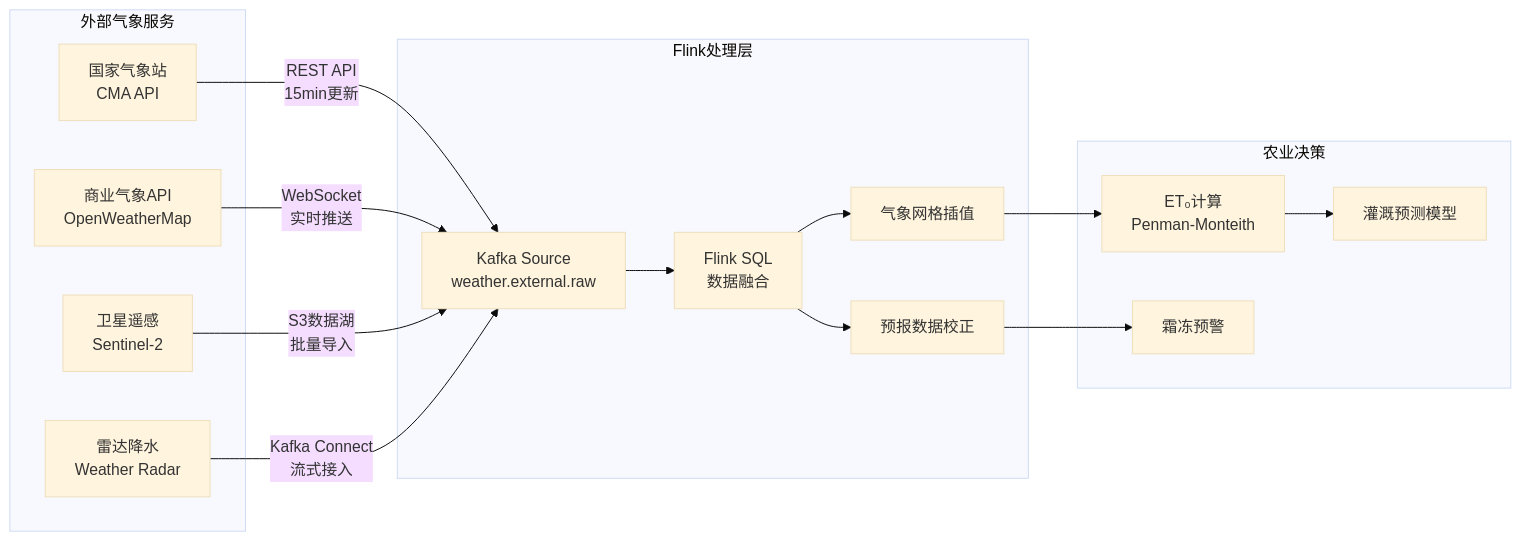
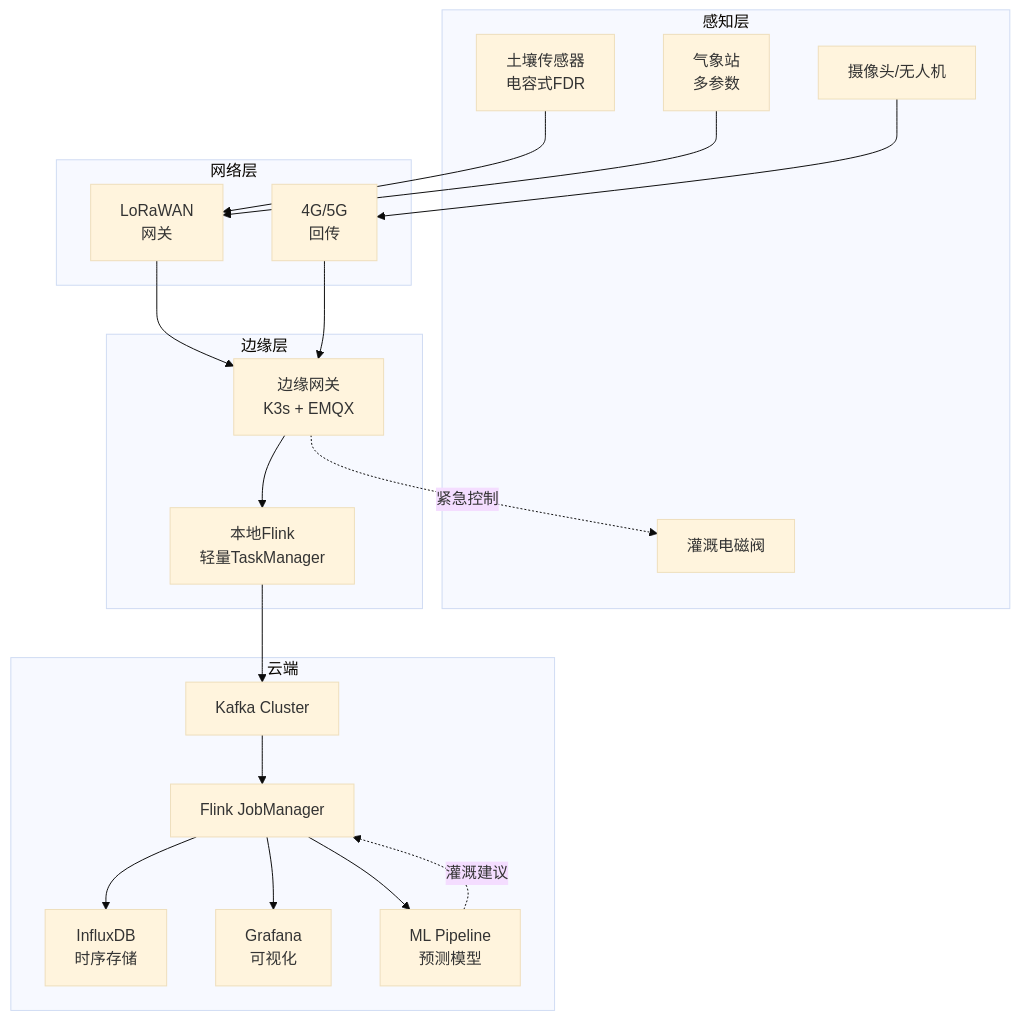
The first of 3 diagrams in Flink-IoT-Authority-Alignment/Phase-5-Agriculture/10-flink-iot-precision-agriculture-foundation.md (AdaMartin18010/AnalysisDataFlow), drawn with Mermaid (base theme) before and after one commit. The commit also changed other lines of this file and 153 other files, not shown here.

````diff
--- a/Flink-IoT-Authority-Alignment/Phase-5-Agriculture/10-flink-iot-precision-agriculture-foundation.md
+++ b/Flink-IoT-Authority-Alignment/Phase-5-Agriculture/10-flink-iot-precision-agriculture-foundation.md
@@ -211,30 +567,41 @@
 ```mermaid
-graph LR
-    subgraph 外部气象服务
-        A[国家气象站<br/>CMA API]
-        B[商业气象API<br/>OpenWeatherMap]
-        C[卫星遥感<br/>Sentinel-2]
-        D[雷达降水<br/>Weather Radar]
+graph TB
+    subgraph 感知层
+        S1[土壤传感器<br/>电容式FDR]
+        S2[气象站<br/>多参数]
+        S3[摄像头/无人机]
+        S4[灌溉电磁阀]
     end
 
-    subgraph Flink处理层
-        E[Kafka Source<br/>weather.external.raw]
-        F[Flink SQL<br/>数据融合]
-        G[气象网格插值]
-        H[预报数据校正]
+    subgraph 网络层
+        L1[LoRaWAN<br/>网关]
+        L2[4G/5G<br/>回传]
     end
 
-    subgraph 农业决策
-        I[ET₀计算<br/>Penman-Monteith]
-        J[灌溉预测模型]
-        K[霜冻预警]
+    subgraph 边缘层
+        E1[边缘网关<br/>K3s + EMQX]
+        E2[本地Flink<br/>轻量TaskManager]
     end
 
-    A -->|REST API<br/>15min更新| E
-    B -->|WebSocket<br/>实时推送| E
-    C -->|S3数据湖<br/>批量导入| E
-    D -->|Kafka Connect<br/>流式接入| E
+    subgraph 云端
+        C1[Kafka Cluster]
+        C2[Flink JobManager]
+        C3[InfluxDB<br/>时序存储]
+        C4[Grafana<br/>可视化]
+        C5[ML Pipeline<br/>预测模型]
+    end
 
-    E --> F --> G --> I --> J
-    F --> H --> K
+    S1 --> L1
+    S2 --> L1
+    S3 --> L2
+    L1 --> E1
+    L2 --> E1
+    E1 --> E2
+    E2 --> C1
+    E1 -.->|紧急控制| S4
+    C1 --> C2
+    C2 --> C3
+    C2 --> C4
+    C2 --> C5
+    C5 -.->|灌溉建议| C2
 ```
````
